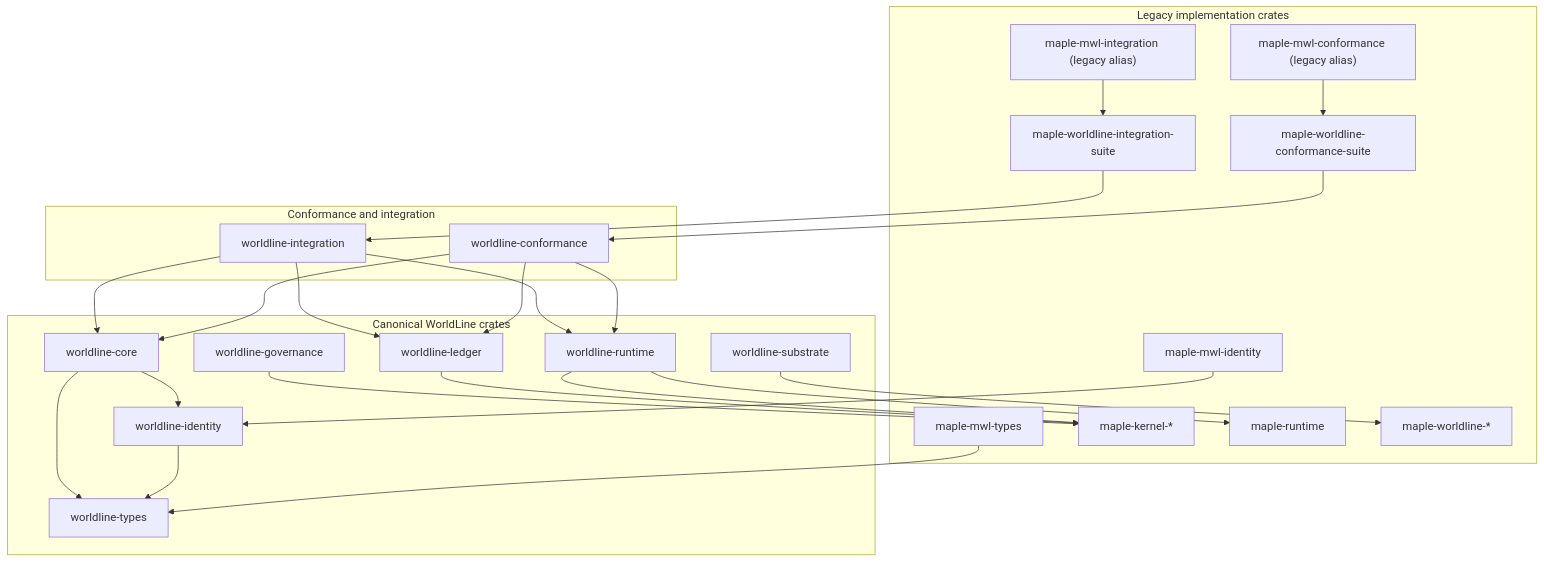
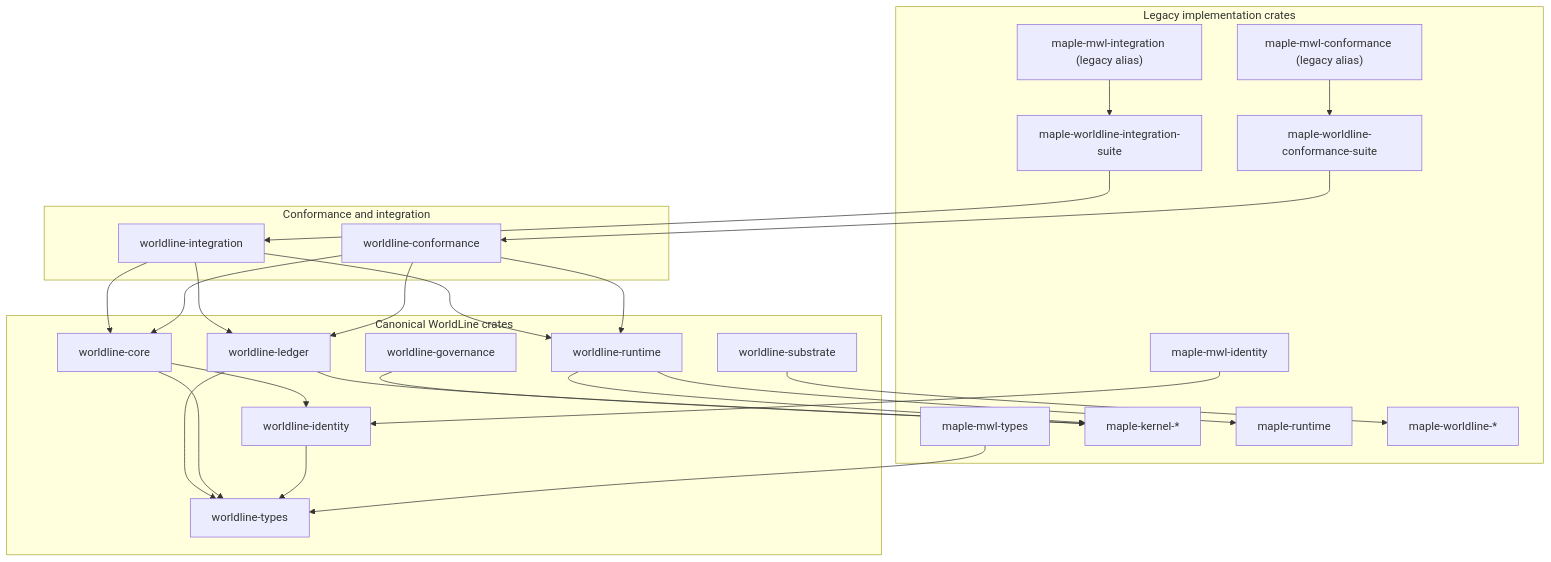
Before and after one commit to mapleaiorg/maple: the first of 2 diagrams in docs/architecture/02-crate-layout.md, drawn with Mermaid. The commit also changed other lines of this file and 14 other files, not shown here.

````diff
--- a/docs/architecture/02-crate-layout.md
+++ b/docs/architecture/02-crate-layout.md
@@ -66,51 +67,52 @@
 ```mermaid
 flowchart TB
   subgraph Canonical["Canonical WorldLine crates"]
     WT["worldline-types"]
     WI["worldline-identity"]
     WC["worldline-core"]
     WR["worldline-runtime"]
     WL["worldline-ledger"]
     WG["worldline-governance"]
     WS["worldline-substrate"]
   end
 
   subgraph Legacy["Legacy implementation crates"]
     MMT["maple-mwl-types"]
     MMI["maple-mwl-identity"]
     MK["maple-kernel-*"]
     MR["maple-runtime"]
     MWS["maple-worldline-*"]
     MWCS["maple-worldline-conformance-suite"]
     MWIS["maple-worldline-integration-suite"]
     MMC["maple-mwl-conformance (legacy alias)"]
     MMI2["maple-mwl-integration (legacy alias)"]
   end
 
   subgraph Validation["Conformance and integration"]
     MC["worldline-conformance"]
     MI["worldline-integration"]
   end
 
   MMT --> WT
   MMI --> WI
   WI --> WT
   WC --> WT
   WC --> WI
   WR --> MK
   WR --> MR
+  WL --> WT
   WL --> MK
   WG --> MK
   WS --> MWS
 
   MC --> WC
   MC --> WR
   MC --> WL
   MWCS --> MC
   MMC --> MWCS
   MI --> WC
   MI --> WR
   MI --> WL
   MWIS --> MI
   MMI2 --> MWIS
 ```
````
